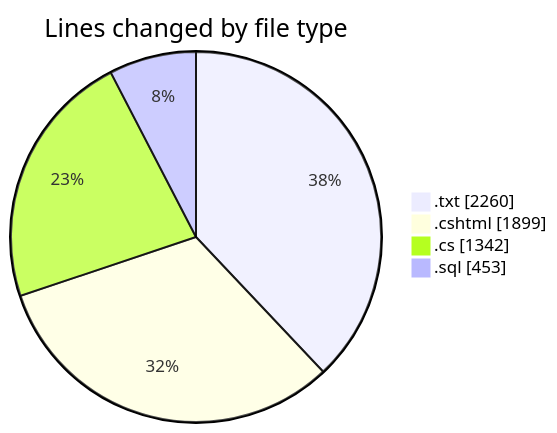
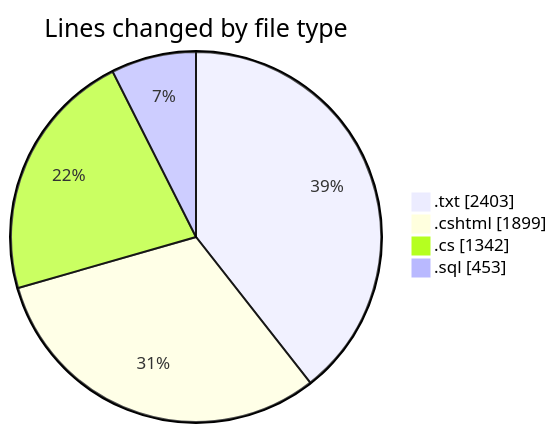
The first of 2 diagrams in 2025-07-25/quanlyrapchieuphim-1/README.md (lephambinh05/code-tracking), drawn with Mermaid before and after one commit. The commit also changed other lines of this file and 1 other file, not shown here.

````diff
--- a/2025-07-25/quanlyrapchieuphim-1/README.md
+++ b/2025-07-25/quanlyrapchieuphim-1/README.md
@@ -25,8 +25,8 @@
 ```mermaid
 pie showData
 title Lines changed by file type
-".txt" : 2260
+".txt" : 2403
 ".cshtml" : 1899
 ".cs" : 1342
 ".sql" : 453
 ```
````
